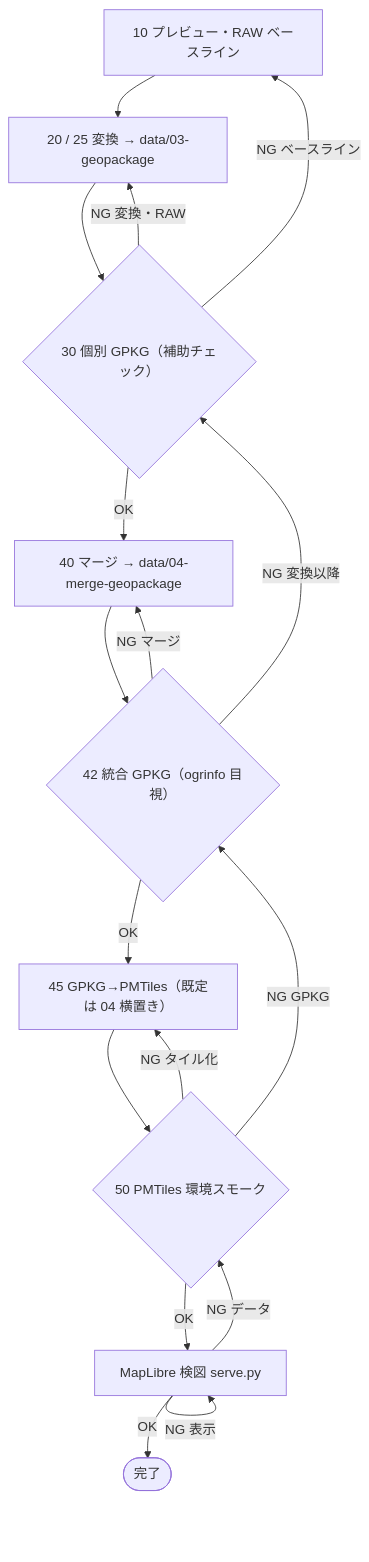
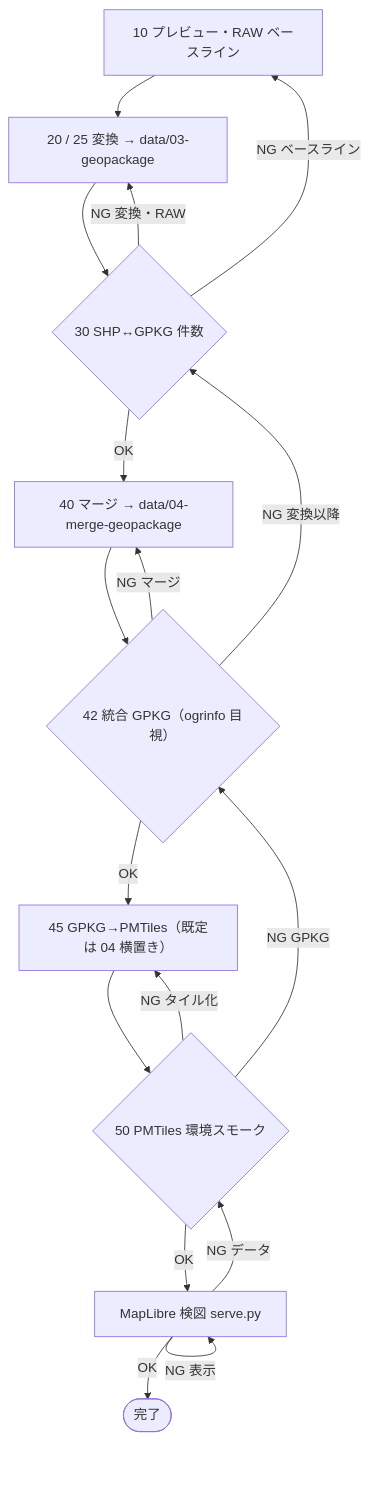
Before and after one commit to Yoshida088603/zure-map-pipeline: the diagram in docs/plan.md, drawn with Mermaid. The commit also changed other lines of this file and 5 other files, not shown here.

First line of the commit message:
feat(zure): two-pass ST_MakeValid in 20; 30 SHP↔GPKG count; docs

````diff
--- a/docs/plan.md
+++ b/docs/plan.md
@@ -128,28 +128,28 @@
 ```mermaid
 flowchart TD
   A["10 プレビュー・RAW ベースライン"]
   B["20 / 25 変換 → data/03-geopackage"]
-  C{"30 個別 GPKG（補助チェック）"}
+  C{"30 SHP↔GPKG 件数"}
   D["40 マージ → data/04-merge-geopackage"]
   E{"42 統合 GPKG（ogrinfo 目視）"}
   F["45 GPKG→PMTiles（既定は 04 横置き）"]
   G{"50 PMTiles 環境スモーク"}
   H["MapLibre 検図 serve.py"]
   Z(["完了"])
 
   A --> B --> C
   C -->|OK| D
   C -->|NG 変換・RAW| B
   C -->|NG ベースライン| A
   D --> E
   E -->|OK| F
   E -->|NG マージ| D
   E -->|NG 変換以降| C
   F --> G
   G -->|OK| H
   G -->|NG タイル化| F
   G -->|NG GPKG| E
   H -->|OK| Z
   H -->|NG データ| G
   H -->|NG 表示| H
 ```
````
